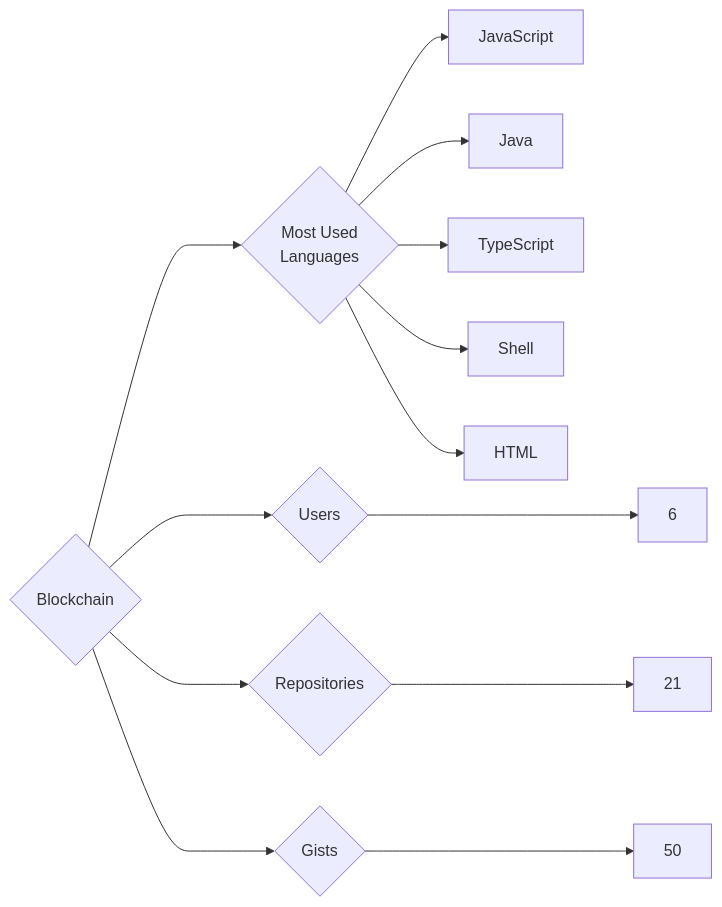
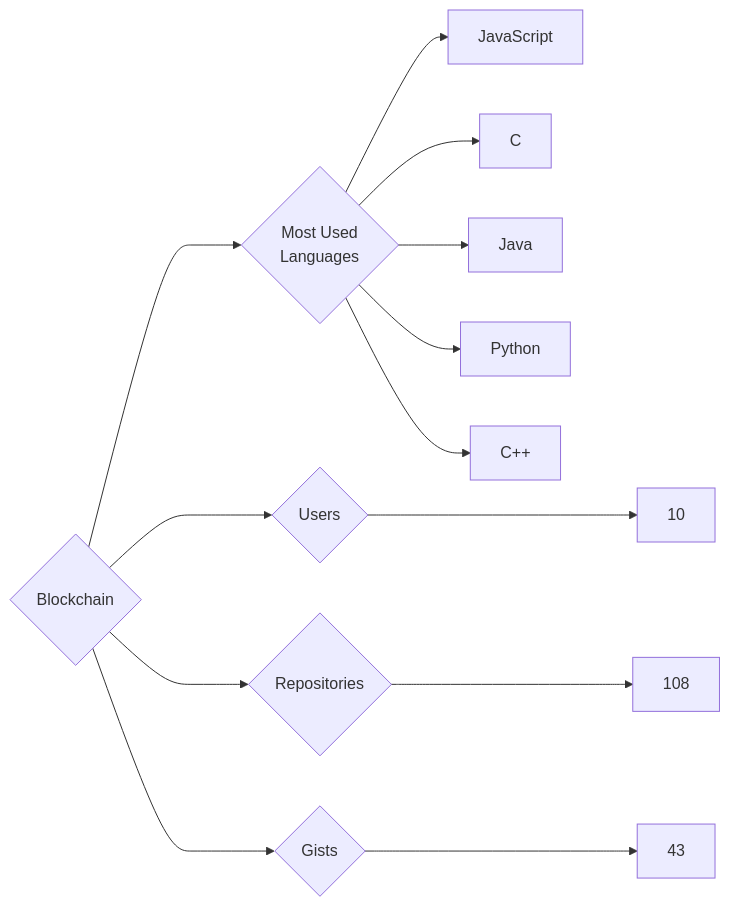
Before and after one commit to trickest/insiders: the diagram in targets/Blockchain/README.md, drawn with Mermaid. The commit also changed 1007 other files, not shown here.

````diff
--- a/targets/Blockchain/README.md
+++ b/targets/Blockchain/README.md
@@ -3,13 +3,13 @@
 ```mermaid
 graph LR
 COMPANY_NAME{Blockchain}
-COMPANY_NAME ---> U{Users} ---> UN[6]
-COMPANY_NAME ---> R{Repositories} ---> RN[21]
-COMPANY_NAME ---> G{Gists} ---> GN[50]
+COMPANY_NAME ---> U{Users} ---> UN[10]
+COMPANY_NAME ---> R{Repositories} ---> RN[108]
+COMPANY_NAME ---> G{Gists} ---> GN[43]
 COMPANY_NAME ---> ML{Most Used<br>Languages}
 ML --> JavaScript[JavaScript]
+ML --> C[C]
 ML --> Java[Java]
-ML --> TypeScript[TypeScript]
-ML --> Shell[Shell]
-ML --> HTML[HTML]
+ML --> Python[Python]
+ML --> C++[C++]
 ```
````
